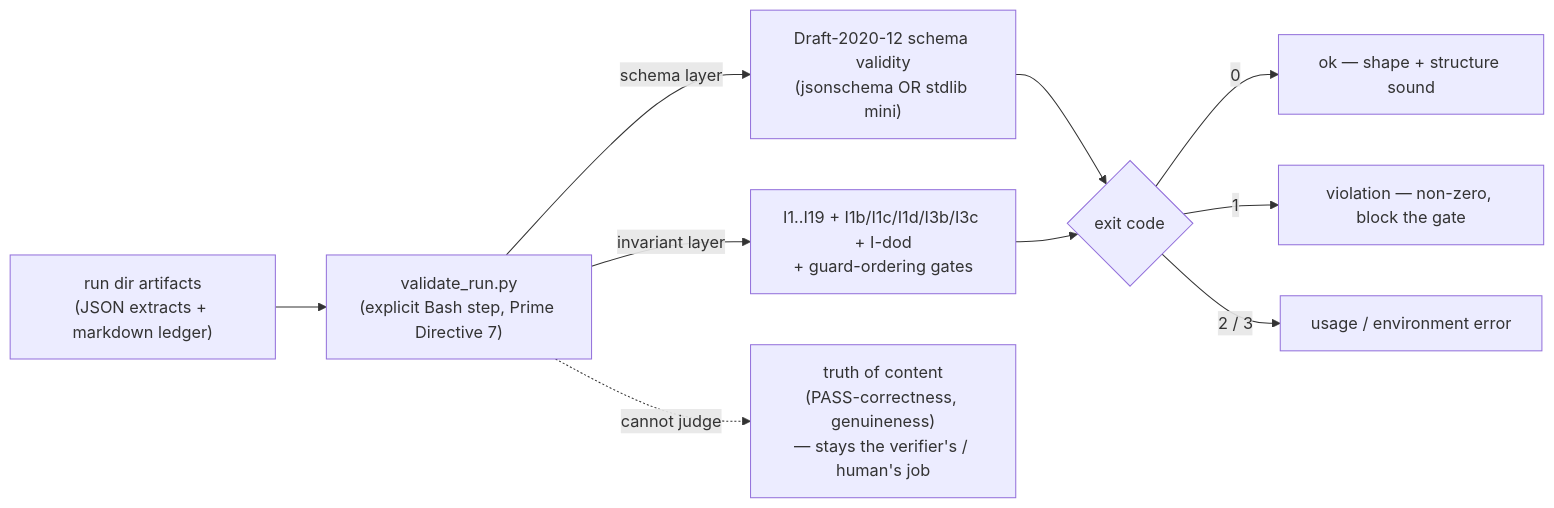
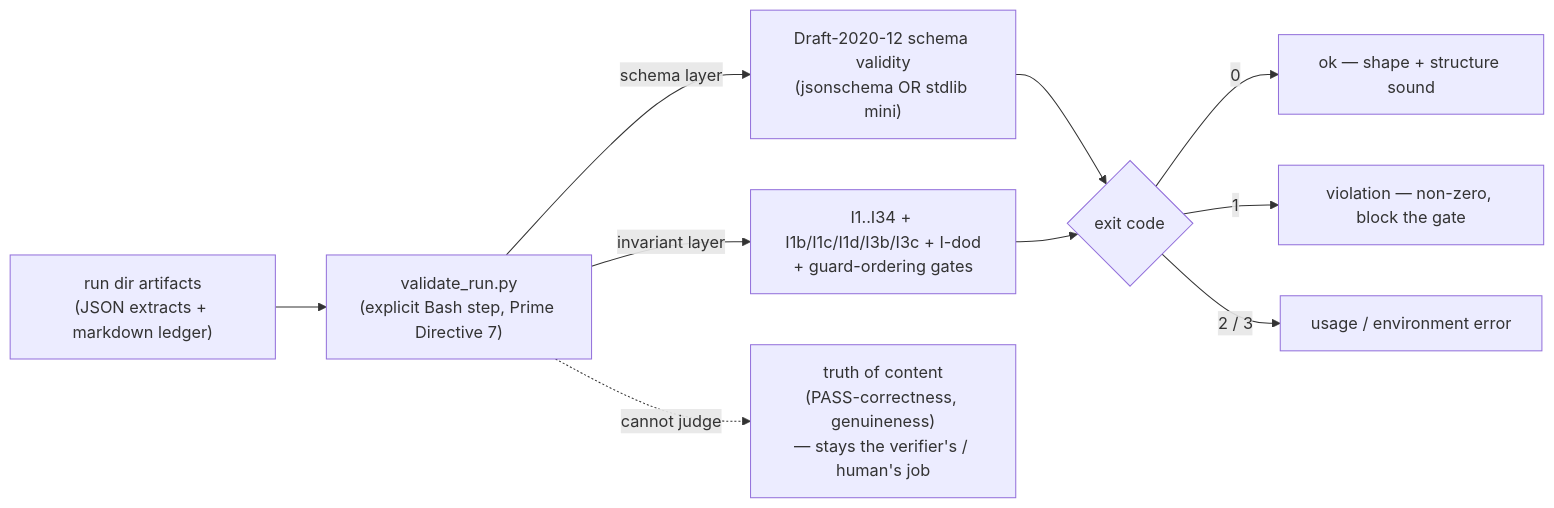
Before and after one commit to wtp128pro/dag: the diagram in wiki/14-validator-and-invariants.md, drawn with Mermaid. The commit also changed other lines of this file and 16 other files, not shown here.

````diff
--- a/wiki/14-validator-and-invariants.md
+++ b/wiki/14-validator-and-invariants.md
@@ -60,12 +60,12 @@
 ```mermaid
 flowchart LR
   ART["run dir artifacts<br/>(JSON extracts + markdown ledger)"] --> V["validate_run.py<br/>(explicit Bash step, Prime Directive 7)"]
   V -->|"schema layer"| S["Draft-2020-12 schema validity<br/>(jsonschema OR stdlib mini)"]
-  V -->|"invariant layer"| I["I1..I19 + I1b/I1c/I1d/I3b/I3c + I-dod<br/>+ guard-ordering gates"]
+  V -->|"invariant layer"| I["I1..I34 + I1b/I1c/I1d/I3b/I3c + I-dod<br/>+ guard-ordering gates"]
   S --> EX{"exit code"}
   I --> EX
   EX -->|0| OK["ok — shape + structure sound"]
   EX -->|"1"| BAD["violation — non-zero, block the gate"]
   EX -->|"2 / 3"| ENV["usage / environment error"]
   V -. "cannot judge" .-> TRUTH["truth of content<br/>(PASS-correctness, genuineness)<br/>— stays the verifier's / human's job"]
 ```
````
